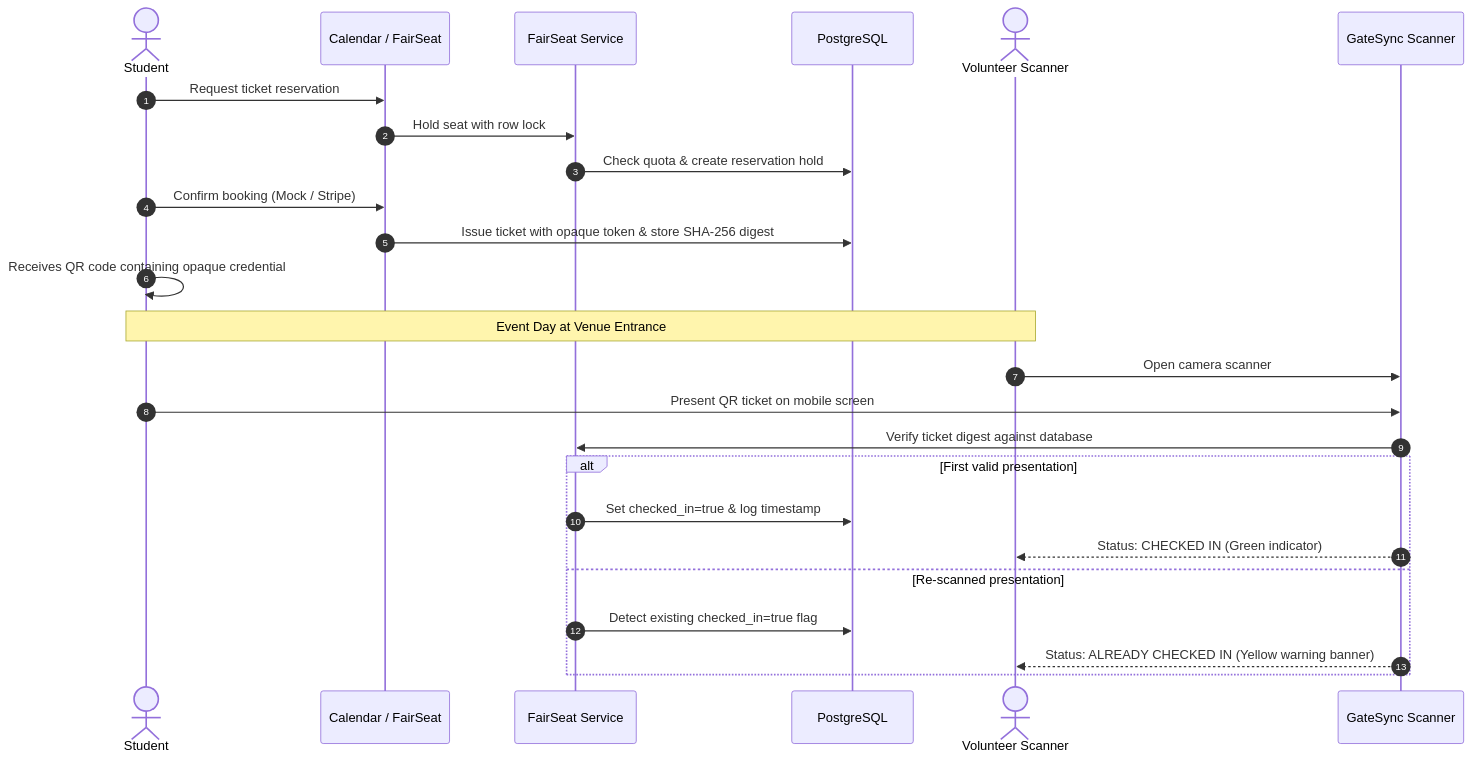
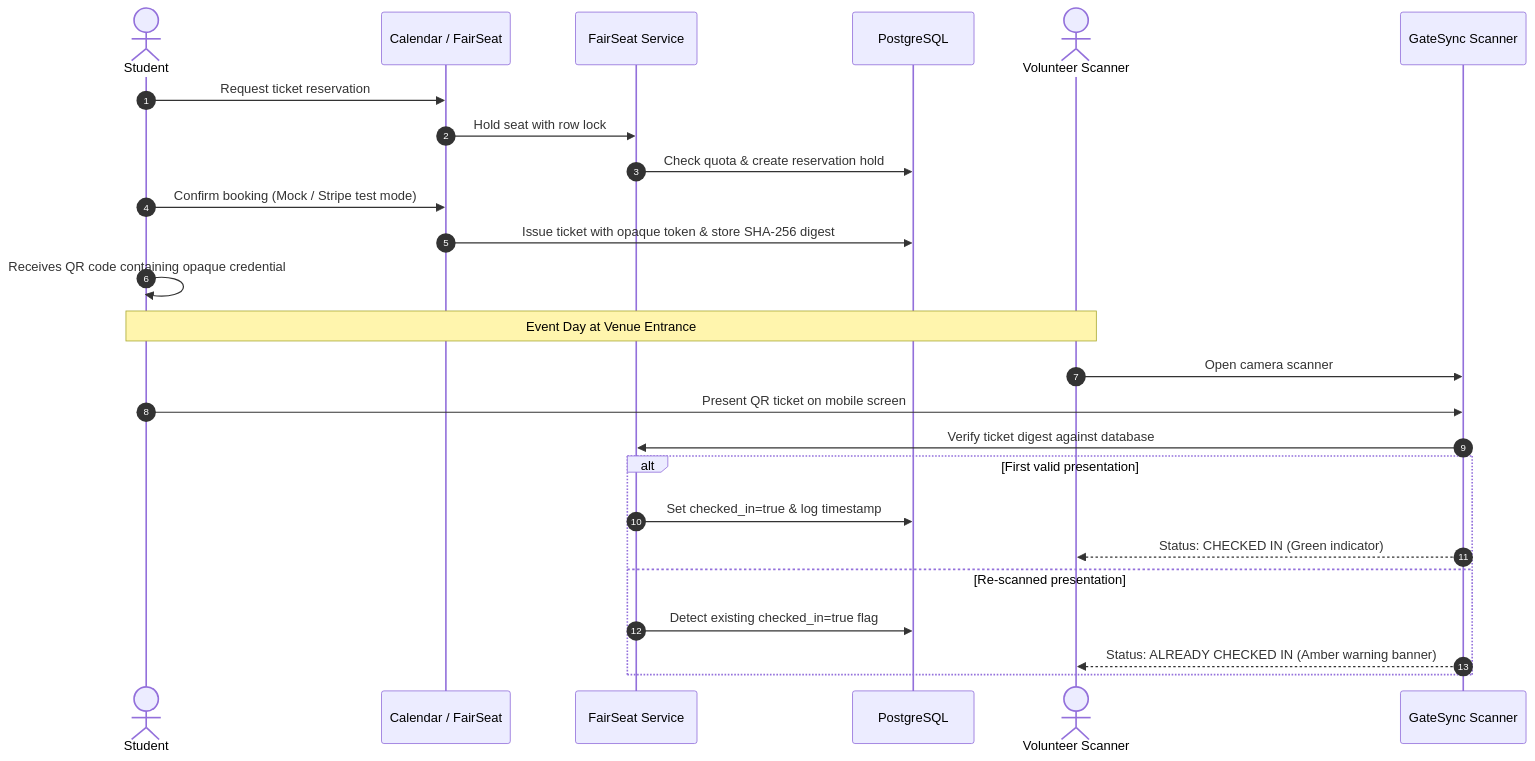
The third of 3 diagrams in README.md (vishnubhargavd/WhoDoo), drawn with Mermaid before and after one commit. The commit also changed other lines of this file and 1 other file, not shown here.

````diff
--- a/README.md
+++ b/README.md
@@ -195,28 +245,28 @@
 ```mermaid
 sequenceDiagram
     autonumber
     actor Student
     participant Store as Calendar / FairSeat
     participant Engine as FairSeat Service
     participant DB as PostgreSQL
     actor Gate as Volunteer Scanner
     participant Scanner as GateSync Scanner
 
     Student->>Store: Request ticket reservation
     Store->>Engine: Hold seat with row lock
     Engine->>DB: Check quota & create reservation hold
-    Student->>Store: Confirm booking (Mock / Stripe)
+    Student->>Store: Confirm booking (Mock / Stripe test mode)
     Store->>DB: Issue ticket with opaque token & store SHA-256 digest
     Student->>Student: Receives QR code containing opaque credential
     Note over Student,Gate: Event Day at Venue Entrance
     Gate->>Scanner: Open camera scanner
     Student->>Scanner: Present QR ticket on mobile screen
     Scanner->>Engine: Verify ticket digest against database
     alt First valid presentation
         Engine->>DB: Set checked_in=true & log timestamp
         Scanner-->>Gate: Status: CHECKED IN (Green indicator)
     else Re-scanned presentation
         Engine->>DB: Detect existing checked_in=true flag
-        Scanner-->>Gate: Status: ALREADY CHECKED IN (Yellow warning banner)
+        Scanner-->>Gate: Status: ALREADY CHECKED IN (Amber warning banner)
     end
 ```
````
